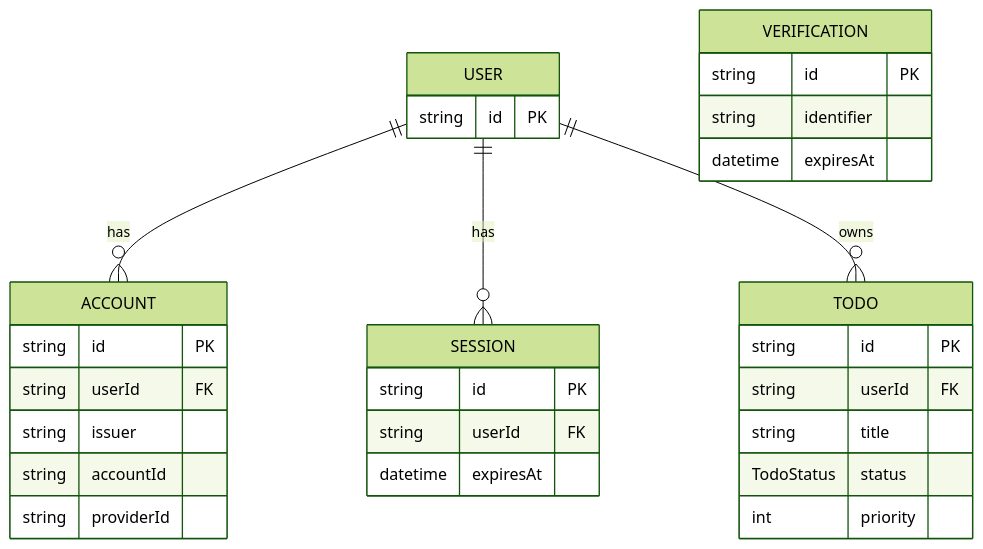
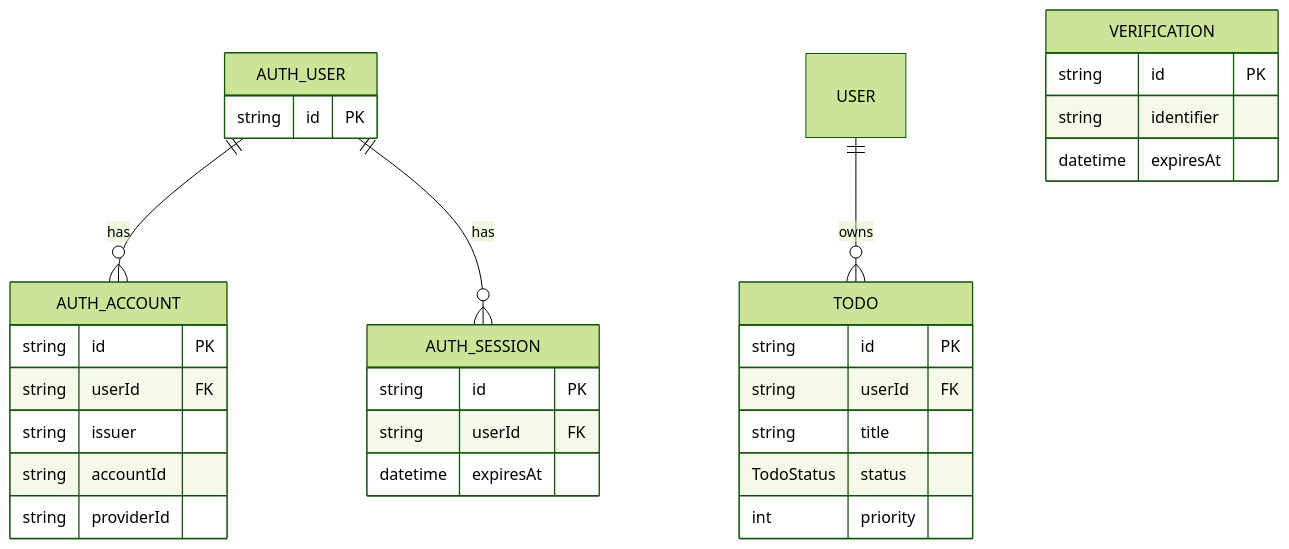
Before and after one commit to HirokaMitsunaga/auth-test: the second of 3 diagrams in backend/src/auth/docs/better-auth.md, drawn with Mermaid (forest theme). The commit also changed other lines of this file and 9 other files, not shown here.

````diff
--- a/backend/src/auth/docs/better-auth.md
+++ b/backend/src/auth/docs/better-auth.md
@@ -620,34 +673,34 @@
 ```mermaid
 erDiagram
-    USER ||--o{ ACCOUNT : has
-    USER ||--o{ SESSION : has
+    AUTH_USER ||--o{ AUTH_ACCOUNT : has
+    AUTH_USER ||--o{ AUTH_SESSION : has
     USER ||--o{ TODO : owns
 
-    USER {
+    AUTH_USER {
         string id PK
     }
-    ACCOUNT {
+    AUTH_ACCOUNT {
         string id PK
         string userId FK
         string issuer
         string accountId
         string providerId
     }
-    SESSION {
+    AUTH_SESSION {
         string id PK
         string userId FK
         datetime expiresAt
     }
     VERIFICATION {
         string id PK
         string identifier
         datetime expiresAt
     }
     TODO {
         string id PK
         string userId FK
         string title
         TodoStatus status
         int priority
     }
 ```
````
